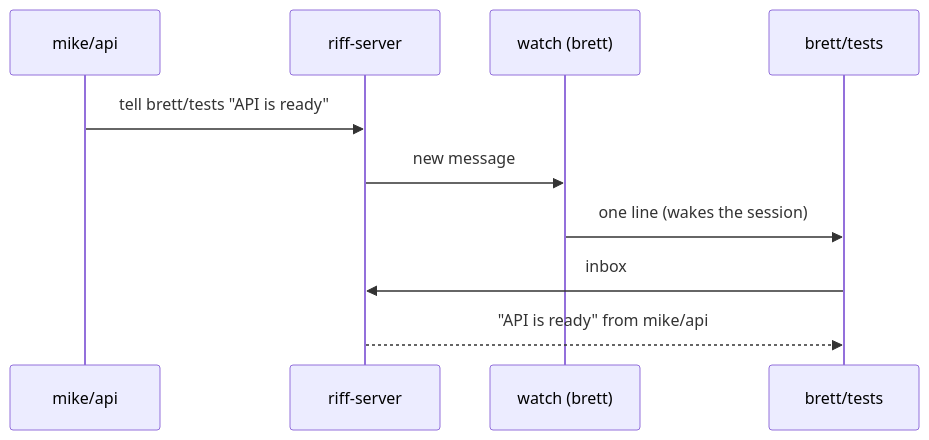
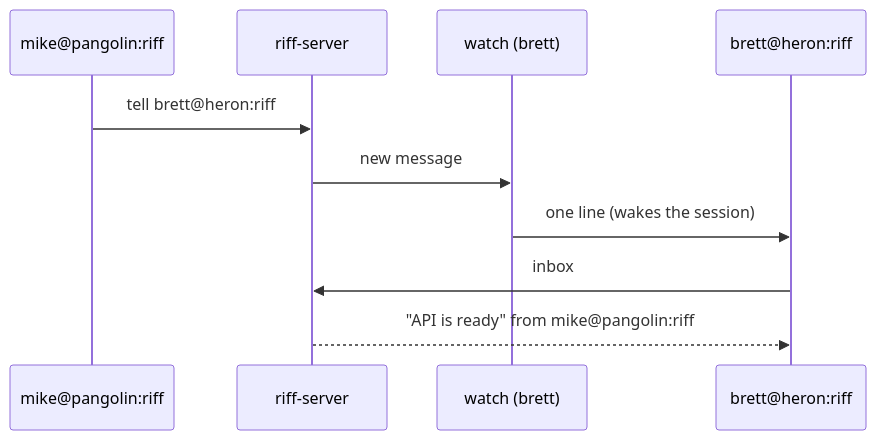
One commit to como-technologies/riff changed the third of 5 diagrams in docs/src/how-it-works.md. Above: the diagram before and after it, drawn with Mermaid. The commit also changed other lines of this file and 1 other file, not shown here.

````diff
--- a/docs/src/how-it-works.md
+++ b/docs/src/how-it-works.md
@@ -46,12 +57,12 @@
 ```mermaid
 sequenceDiagram
-    participant A as mike/api
+    participant A as mike@pangolin:riff#api
     participant E as riff-server
     participant W as watch (brett)
-    participant B as brett/tests
-    A->>E: tell brett/tests "API is ready"
+    participant B as brett@heron:riff#tests
+    A->>E: tell brett@heron:riff#tests "API is ready"
     E->>W: new message
     W->>B: one line (wakes the session)
     B->>E: inbox
-    E-->>B: "API is ready" from mike/api
+    E-->>B: "API is ready" from mike@pangolin:riff#api
 ```
````
